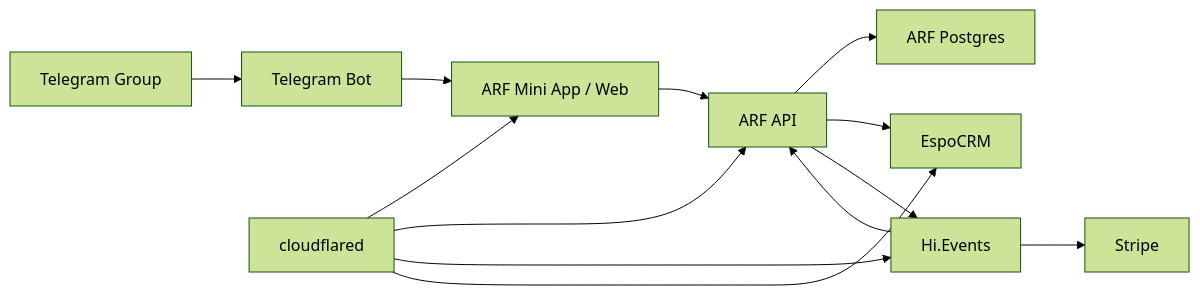
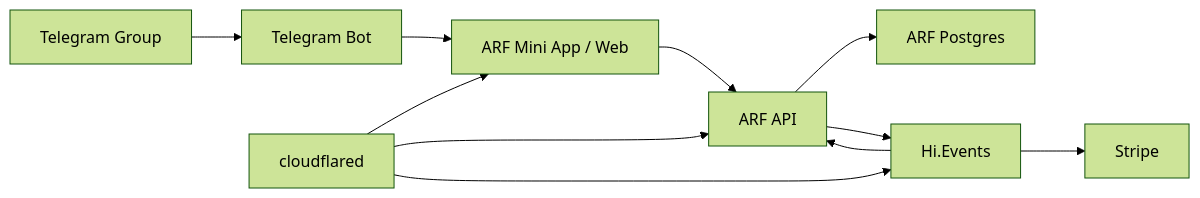
One commit to KuRue/cego changed the diagram in docs/03-architecture.md. Above: the diagram before and after it, drawn with Mermaid (forest theme). The commit also changed other lines of this file and 40 other files, not shown here.

````diff
--- a/docs/03-architecture.md
+++ b/docs/03-architecture.md
@@ -18,15 +18,13 @@
 ```mermaid
 flowchart LR
   TG["Telegram Group"] --> BOT["Telegram Bot"]
   BOT --> APP["ARF Mini App / Web"]
   APP --> API["ARF API"]
   API --> DB["ARF Postgres"]
-  API --> CRM["EspoCRM"]
   API --> HE["Hi.Events"]
   HE --> STRIPE["Stripe"]
   HE --> API
   CF["cloudflared"] --> APP
   CF --> API
   CF --> HE
-  CF --> CRM
 ```
````
